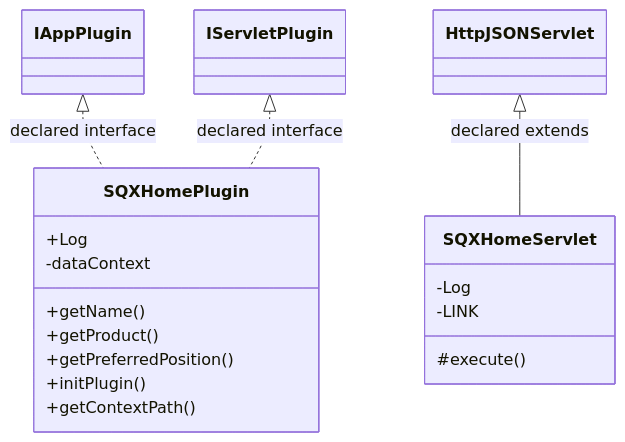
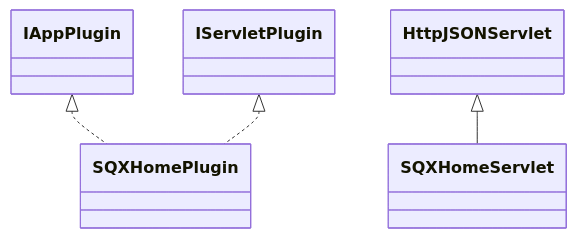
Before and after one commit to haruperi/HaruQuantAI: the diagram in docs/sqx/GettingStarted/AppSQXHome.md, drawn with Mermaid. The commit also changed other lines of this file and 1688 other files, not shown here.

````diff
--- a/docs/sqx/GettingStarted/AppSQXHome.md
+++ b/docs/sqx/GettingStarted/AppSQXHome.md
@@ -30,23 +26,11 @@
 ```mermaid
 classDiagram
-    class Cfbd976ddbdb4["SQXHomePlugin"] {
-        +Log
-        -dataContext
-        +getName()
-        +getProduct()
-        +getPreferredPosition()
-        +initPlugin()
-        +getContextPath()
-    }
-    class C20cd25d32f65["SQXHomeServlet"] {
-        -Log
-        -LINK
-        #execute()
-    }
-    class C71ae2af47347["IAppPlugin"]
-    class C249b5c671b1a["IServletPlugin"]
-    class C8900f90ae594["HttpJSONServlet"]
-    C71ae2af47347 <|.. Cfbd976ddbdb4 : declared interface
-    C249b5c671b1a <|.. Cfbd976ddbdb4 : declared interface
-    C8900f90ae594 <|-- C20cd25d32f65 : declared extends
+    class C0["SQXHomePlugin"]
+    class C1["SQXHomeServlet"]
+    class E0["IAppPlugin"]
+    E0 <|.. C0
+    class E1["IServletPlugin"]
+    E1 <|.. C0
+    class E2["HttpJSONServlet"]
+    E2 <|-- C1
 ```
````
